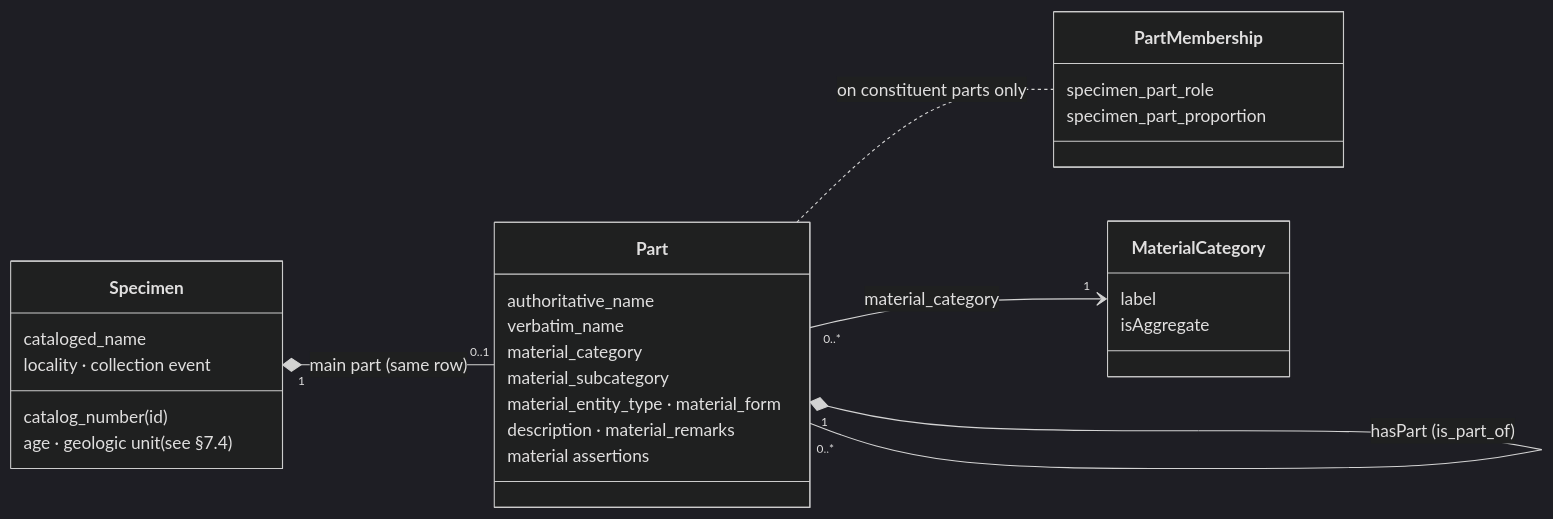
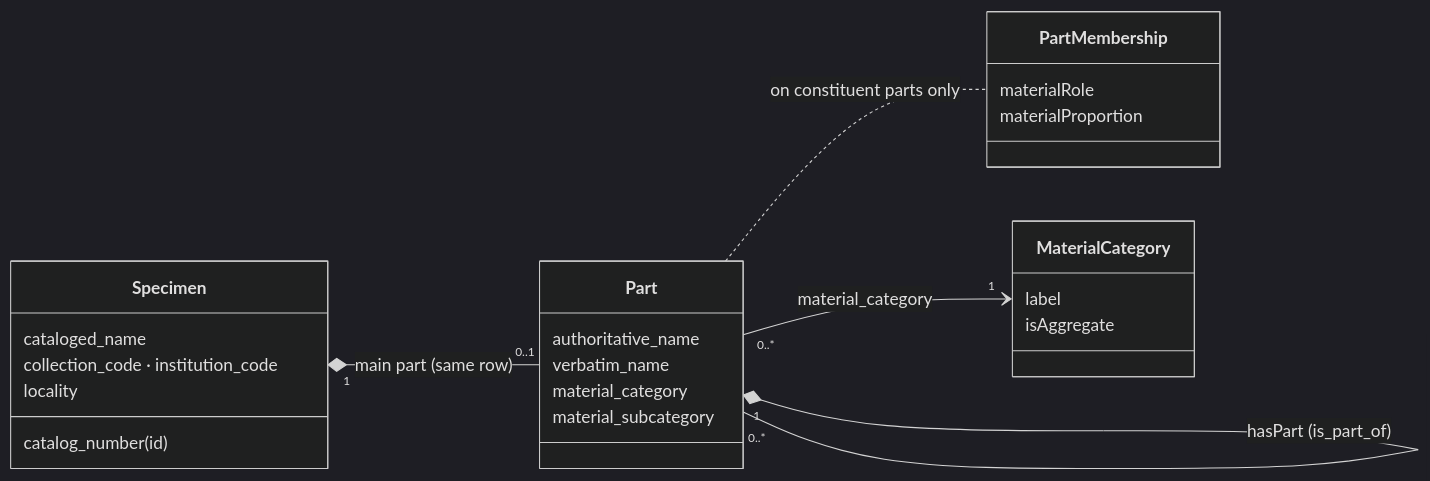
The first of 2 diagrams in docs/specifications/compound_specimen_data_model.md (ben-norton/tdwg2026-wks10), drawn with Mermaid (dark theme) before and after one commit. The commit also changed other lines of this file and 56 other files, not shown here.

````diff
--- a/docs/specifications/compound_specimen_data_model.md
+++ b/docs/specifications/compound_specimen_data_model.md
@@ -132,31 +130,28 @@
 ```mermaid
 classDiagram
     direction LR
     class Specimen {
         catalog_number  (id)
         cataloged_name
-        locality · collection event
-        age · geologic unit (see §7.4)
+        collection_code · institution_code
+        locality
     }
     class Part {
         authoritative_name
         verbatim_name
         material_category
         material_subcategory
-        material_entity_type · material_form
-        description · material_remarks
-        material assertions
     }
     class PartMembership {
-        specimen_part_role
-        specimen_part_proportion
+        materialRole
+        materialProportion
     }
     class MaterialCategory {
         label
         isAggregate
     }
     Specimen "1" *-- "0..1" Part : main part (same row)
     Part "1" *-- "0..*" Part : hasPart (is_part_of)
     Part "0..*" --> "1" MaterialCategory : material_category
     Part .. PartMembership : on constituent parts only
 ```
````
